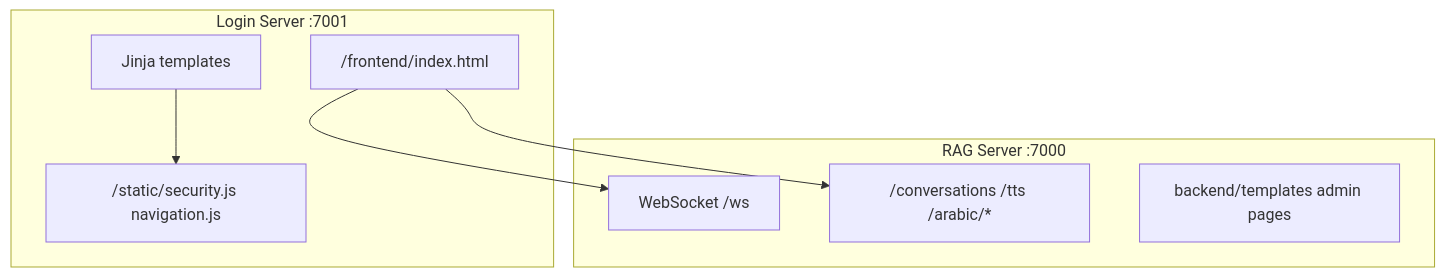
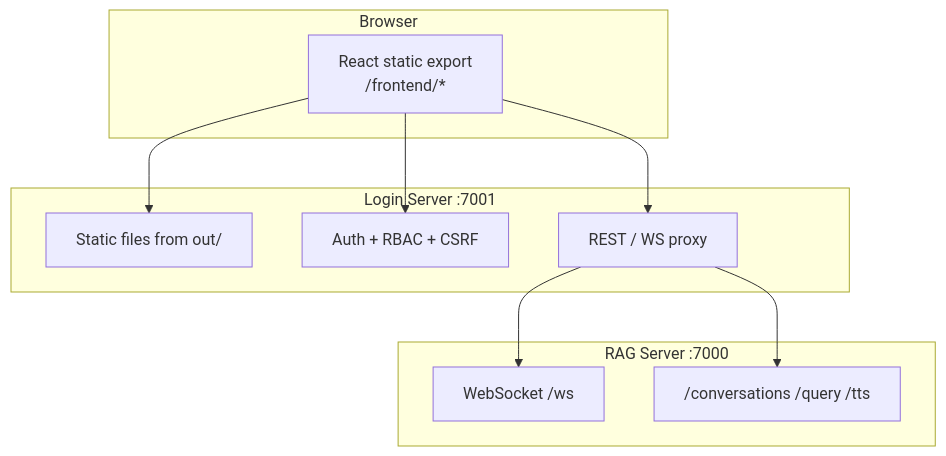
Before and after one commit to Jonathan980JO/assistify-rag-project: the diagram in docs/FRONTEND_TECHNICAL_SPEC.md, drawn with Mermaid. The commit also changed other lines of this file and 26 other files, not shown here.

````diff
--- a/docs/FRONTEND_TECHNICAL_SPEC.md
+++ b/docs/FRONTEND_TECHNICAL_SPEC.md
@@ -54,16 +85,20 @@
 ```mermaid
 flowchart TB
+    subgraph browser [Browser]
+        React["React static export\n/frontend/*"]
+    end
     subgraph login7001 [Login Server :7001]
-        Jinja[Jinja templates]
-        StaticChat["/frontend/index.html"]
-        StaticJS["/static/security.js navigation.js"]
+        Static["Static files from out/"]
+        Auth["Auth + RBAC + CSRF"]
+        Proxy["REST / WS proxy"]
     end
     subgraph rag7000 [RAG Server :7000]
         WS["WebSocket /ws"]
-        REST["/conversations /tts /arabic/*"]
-        RagAdmin[backend/templates admin pages]
+        REST["/conversations /query /tts"]
     end
-    Jinja --> StaticJS
-    StaticChat --> WS
-    StaticChat --> REST
+    React --> Static
+    React --> Auth
+    React --> Proxy
+    Proxy --> WS
+    Proxy --> REST
 ```
````
